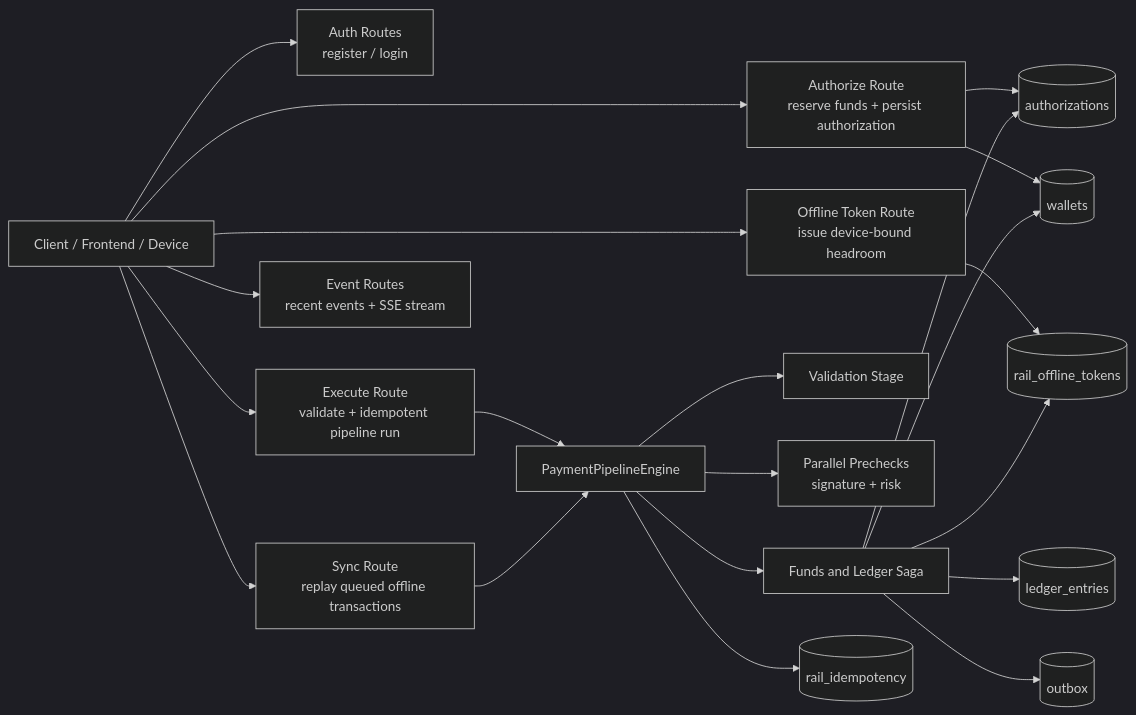
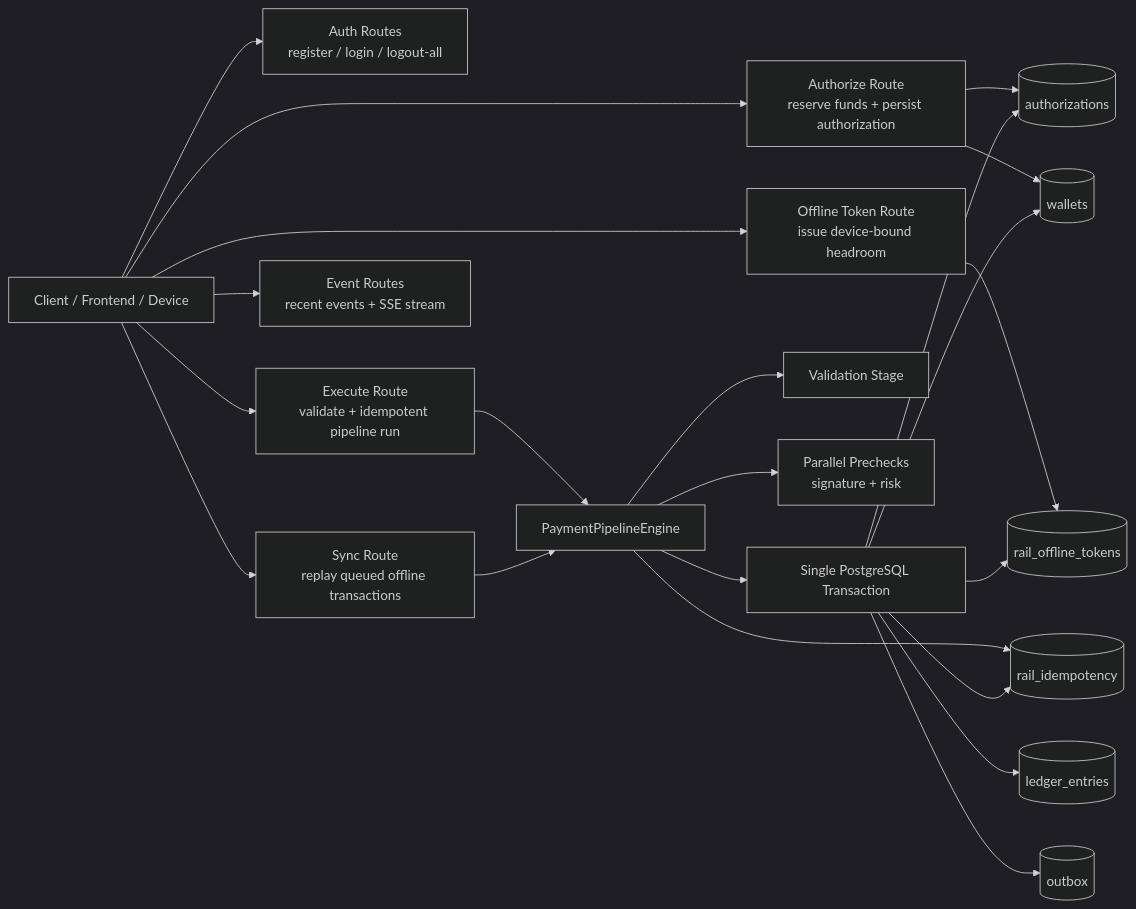
One commit to InsaneCoder789/Rail changed the first of 2 diagrams in README.md. Above: the diagram before and after it, drawn with Mermaid (dark theme). The commit also changed other lines of this file and 15 other files, not shown here.

````diff
--- a/README.md
+++ b/README.md
@@ -63,47 +63,48 @@
 ```mermaid
 flowchart LR
   Client["Client / Frontend / Device"]
-  Auth["Auth Routes\nregister / login"]
+  Auth["Auth Routes\nregister / login / logout-all"]
   Authorize["Authorize Route\nreserve funds + persist authorization"]
   Token["Offline Token Route\nissue device-bound headroom"]
   Execute["Execute Route\nvalidate + idempotent pipeline run"]
   Sync["Sync Route\nreplay queued offline transactions"]
   Events["Event Routes\nrecent events + SSE stream"]
 
   Engine["PaymentPipelineEngine"]
   Validation["Validation Stage"]
   Prechecks["Parallel Prechecks\nsignature + risk"]
-  Saga["Funds and Ledger Saga"]
+  Commit["Single PostgreSQL Transaction"]
 
   Wallets[("wallets")]
   Authorizations[("authorizations")]
   Tokens[("rail_offline_tokens")]
   Idempotency[("rail_idempotency")]
   Ledger[("ledger_entries")]
   Outbox[("outbox")]
 
   Client --> Auth
   Client --> Authorize
   Client --> Token
   Client --> Execute
   Client --> Sync
   Client --> Events
 
   Authorize --> Authorizations
   Authorize --> Wallets
   Token --> Tokens
 
   Execute --> Engine
   Sync --> Engine
 
   Engine --> Idempotency
   Engine --> Validation
   Engine --> Prechecks
-  Engine --> Saga
+  Engine --> Commit
 
-  Saga --> Wallets
-  Saga --> Authorizations
-  Saga --> Tokens
-  Saga --> Ledger
-  Saga --> Outbox
+  Commit --> Wallets
+  Commit --> Authorizations
+  Commit --> Tokens
+  Commit --> Ledger
+  Commit --> Outbox
+  Commit --> Idempotency
 ```
````
